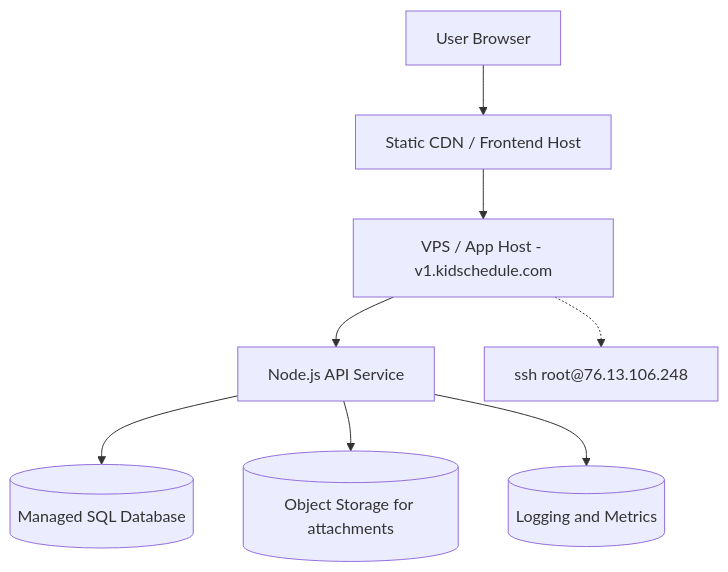
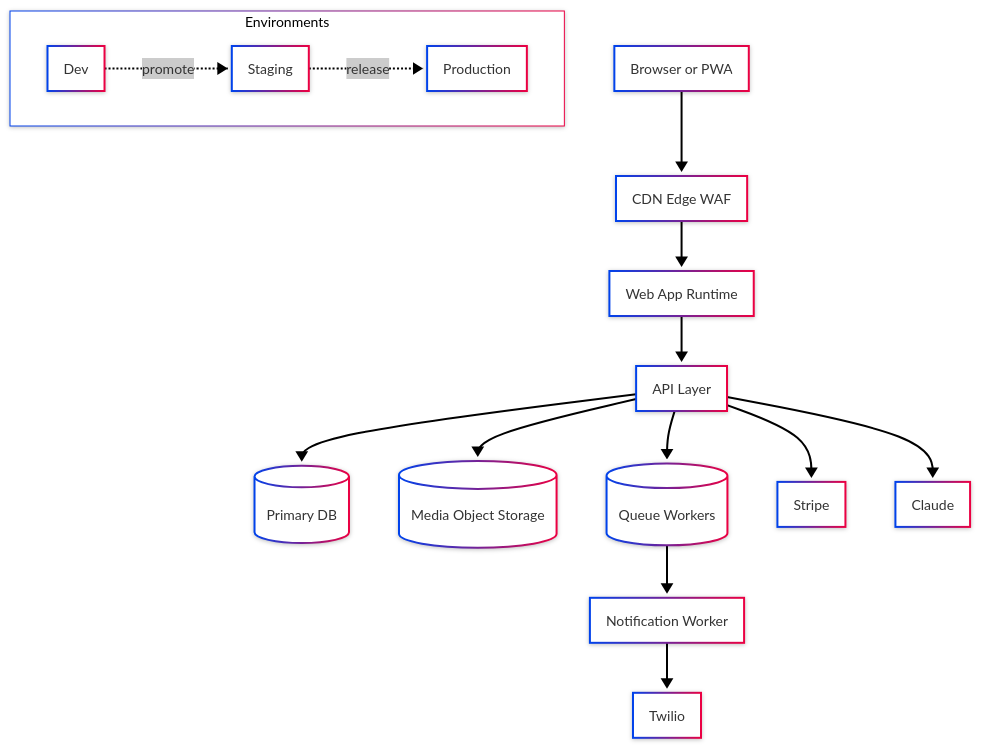
One commit to Kapum357/KidSchedule changed the sixth of 6 diagrams in README.md. Above: the diagram before and after it, drawn with Mermaid. The commit also changed other lines of this file and 25 other files, not shown here.

````diff
--- a/README.md
+++ b/README.md
@@ -279,10 +348,27 @@
 ```mermaid
+---
+config:
+  look: neo
+  theme: neo
+---
 flowchart
-		U[User Browser] --> CDN[Static CDN / Frontend Host]
-		CDN --> VPS["VPS / App Host - v1.kidschedule.com"]
-		VPS --> API[Node.js API Service]
-		API --> SQL[(Managed SQL Database)]
-		API --> OBJ[(Object Storage for attachments)]
-		API --> OBS[(Logging and Metrics)]
-		VPS -.-> SSH["ssh root@76.13.106.248"]
+U[Browser or PWA] --> CF[CDN Edge WAF]
+CF --> APP[Web App Runtime]
+APP --> API[API Layer]
+API --> DB[(Primary DB)]
+API --> OBJ[(Media Object Storage)]
+API --> MQ[(Queue Workers)]
+MQ --> NOTIF[Notification Worker]
+NOTIF --> TW[Twilio]
+API --> PAY[Stripe]
+API --> AI[Claude]
+
+subgraph ENV[Environments]
+  DEV[Dev]
+  STG[Staging]
+  PRD[Production]
+end
+
+DEV -. promote .-> STG
+STG -. release .-> PRD
 ```
````
